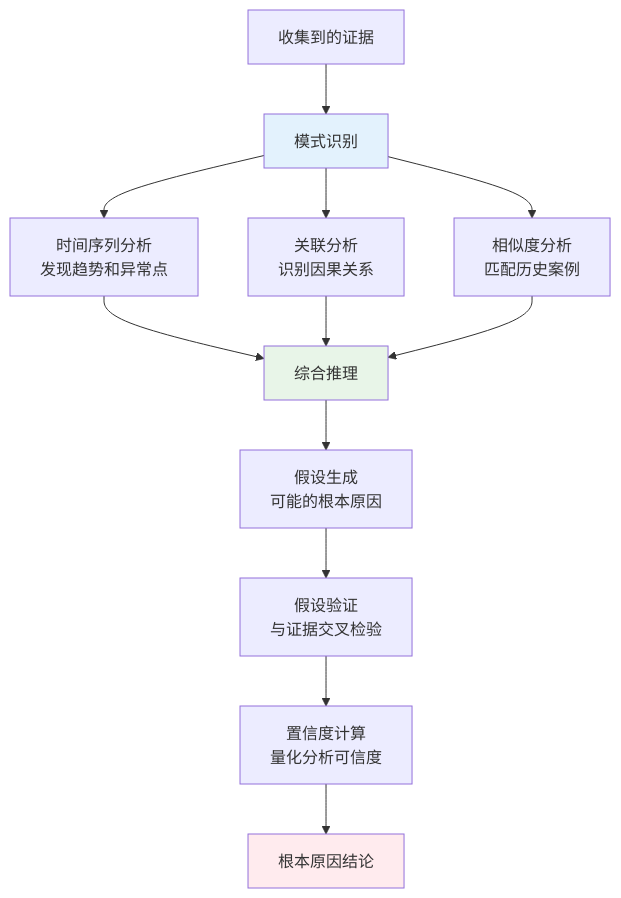
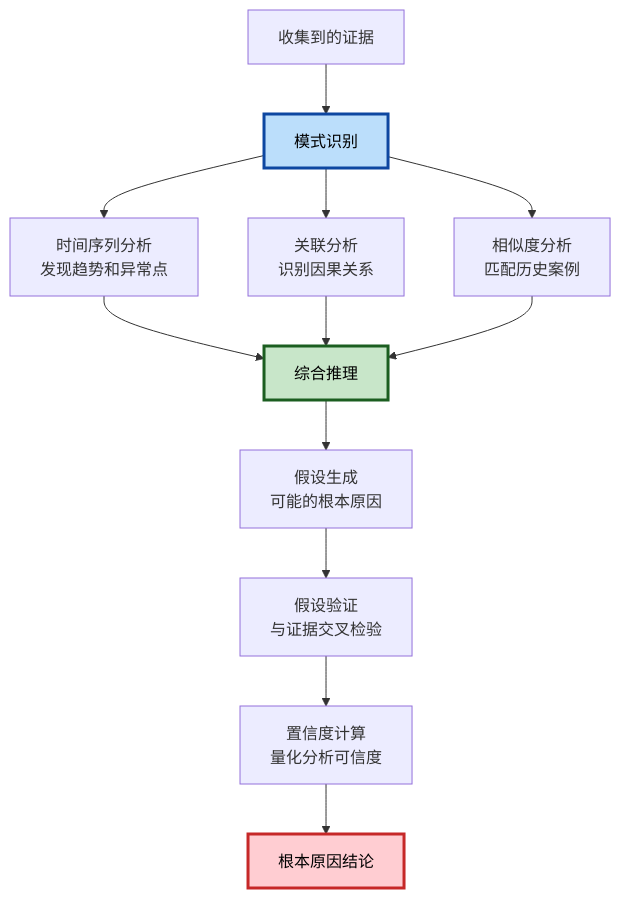
Before and after one commit to pkusnail/AIOpsPolaris: the fifth of 7 diagrams in docs/MULTI_AGENT_ARCHITECTURE.md, drawn with Mermaid. The commit also changed other lines of this file and 2 other files, not shown here.

First line of the commit message:
fix(docs): improve mermaid diagram color contrast and readability

````diff
--- a/docs/MULTI_AGENT_ARCHITECTURE.md
+++ b/docs/MULTI_AGENT_ARCHITECTURE.md
@@ -263,21 +263,21 @@
 ```mermaid
 graph TD
     EVIDENCE[收集到的证据] --> PATTERN[模式识别]
     
     PATTERN --> TIME_ANALYSIS[时间序列分析<br/>发现趋势和异常点]
     PATTERN --> CORRELATION[关联分析<br/>识别因果关系]  
     PATTERN --> SIMILARITY[相似度分析<br/>匹配历史案例]
     
     TIME_ANALYSIS --> SYNTHESIS[综合推理]
     CORRELATION --> SYNTHESIS
     SIMILARITY --> SYNTHESIS
     
     SYNTHESIS --> HYPOTHESIS[假设生成<br/>可能的根本原因]
     HYPOTHESIS --> VALIDATION[假设验证<br/>与证据交叉检验]
     VALIDATION --> CONFIDENCE[置信度计算<br/>量化分析可信度]
     CONFIDENCE --> ROOT_CAUSE[根本原因结论]
     
-    style PATTERN fill:#e3f2fd
-    style SYNTHESIS fill:#e8f5e8
-    style ROOT_CAUSE fill:#ffebee
+    style PATTERN fill:#bbdefb,stroke:#0d47a1,stroke-width:3px,color:#000000
+    style SYNTHESIS fill:#c8e6c9,stroke:#1b5e20,stroke-width:3px,color:#000000
+    style ROOT_CAUSE fill:#ffcdd2,stroke:#c62828,stroke-width:3px,color:#000000
 ```
````
